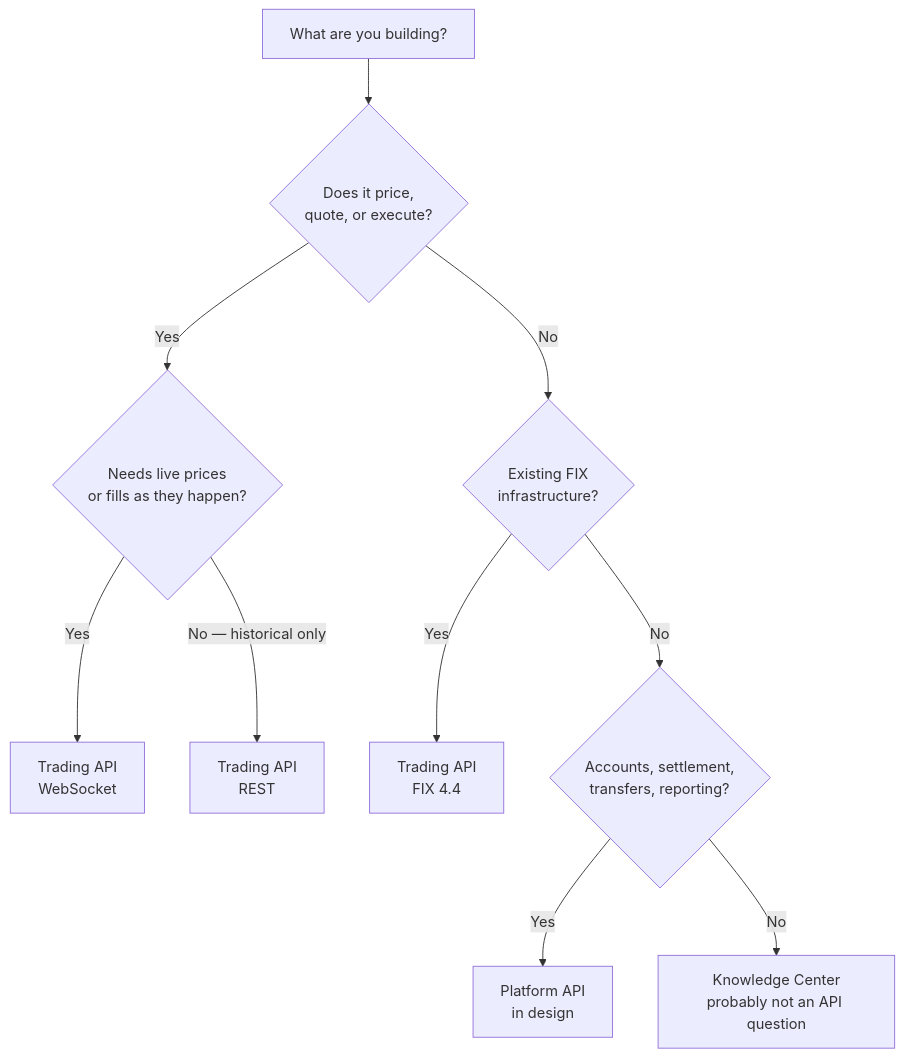
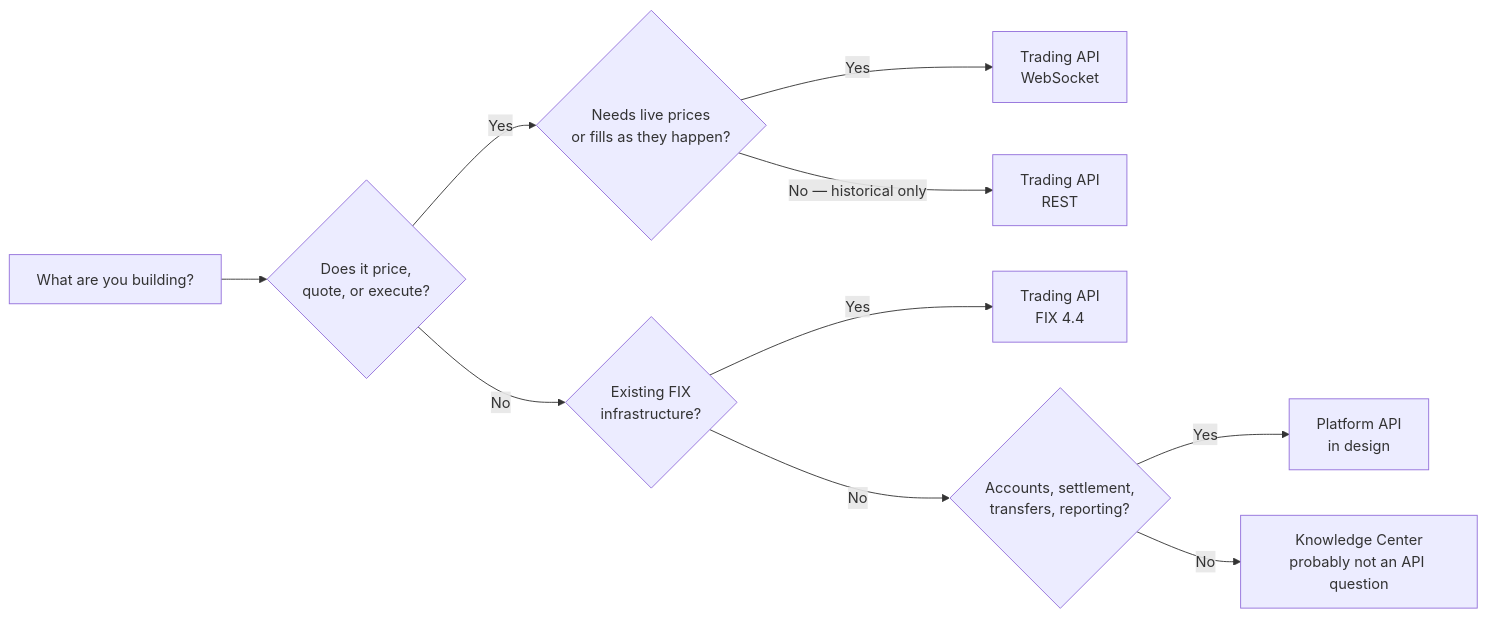
Before and after one commit to danielberz/trillion-digital-client-api-docs: the diagram in choosing-an-api.mdx, drawn with Mermaid. The commit also changed 3 other files, not shown here.

````diff
--- a/choosing-an-api.mdx
+++ b/choosing-an-api.mdx
@@ -31,12 +31,12 @@
 ```mermaid
-flowchart TD
+flowchart LR
     A[What are you building?] --> B{Does it price,<br/>quote, or execute?}
     B -->|Yes| C{Needs live prices<br/>or fills as they happen?}
     C -->|Yes| D[Trading API<br/>WebSocket]
     C -->|No — historical only| E[Trading API<br/>REST]
     B -->|No| F{Existing FIX<br/>infrastructure?}
     F -->|Yes| G[Trading API<br/>FIX 4.4]
     F -->|No| H{Accounts, settlement,<br/>transfers, reporting?}
     H -->|Yes| I[Platform API<br/>in design]
     H -->|No| J[Knowledge Center<br/>probably not an API question]
 ```
````
